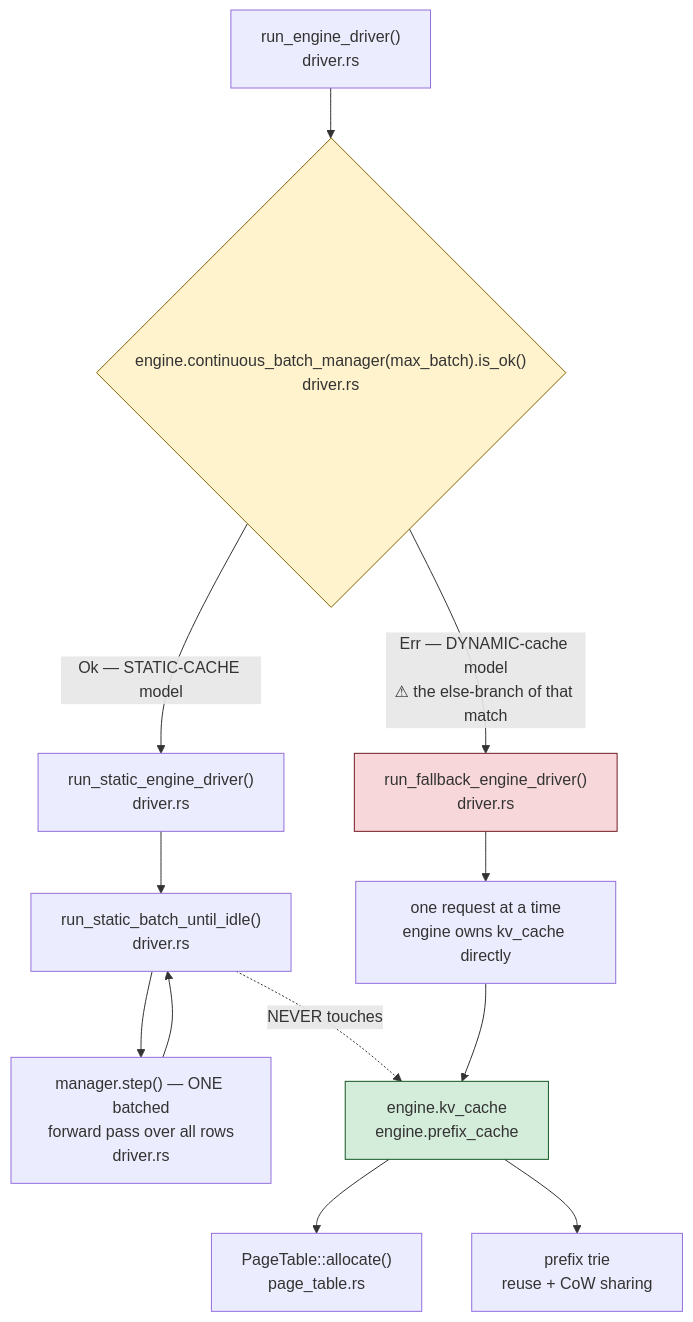
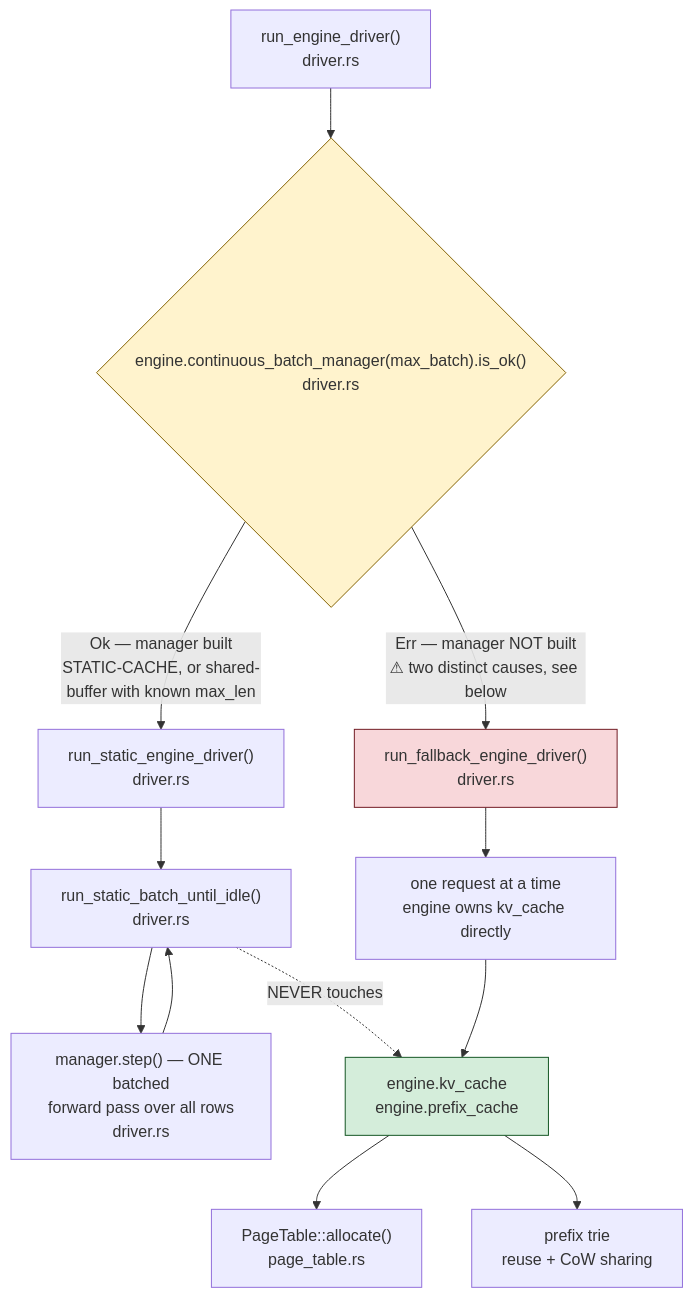
One commit to justinchuby/onnx-genai changed the second of 2 diagrams in docs/ARCHITECTURE.md. Above: the diagram before and after it, drawn with Mermaid. The commit also changed other lines of this file, not shown here.

First line of the commit message:
docs: the Err branch does not tell you the model is dynamic-cache

````diff
--- a/docs/ARCHITECTURE.md
+++ b/docs/ARCHITECTURE.md
@@ -260,23 +260,23 @@
 ```mermaid
 flowchart TD
     A["run_engine_driver()<br/>driver.rs"] --> B{"engine.continuous_batch_manager(max_batch).is_ok()<br/>driver.rs"}
 
-    B -- "Ok — STATIC-CACHE model" --> C["run_static_engine_driver()<br/>driver.rs"]
-    B -- "Err — DYNAMIC-cache model<br/>⚠ the else-branch of that match" --> D["run_fallback_engine_driver()<br/>driver.rs"]
+    B -- "Ok — manager built<br/>STATIC-CACHE, or shared-buffer with known max_len" --> C["run_static_engine_driver()<br/>driver.rs"]
+    B -- "Err — manager NOT built<br/>⚠ two distinct causes, see below" --> D["run_fallback_engine_driver()<br/>driver.rs"]
 
     C --> C1["run_static_batch_until_idle()<br/>driver.rs"]
     C1 --> C2["manager.step() — ONE batched<br/>forward pass over all rows<br/>driver.rs"]
     C2 --> C1
 
     D --> D1["one request at a time<br/>engine owns kv_cache directly"]
 
     C1 -.->|"NEVER touches"| K["engine.kv_cache<br/>engine.prefix_cache"]
     D1 --> K
 
     K --> K1["PageTable::allocate()<br/>page_table.rs"]
     K --> K2["prefix trie<br/>reuse + CoW sharing"]
 
     style B fill:#fff3cd,stroke:#856404
     style D fill:#f8d7da,stroke:#721c24
     style K fill:#d4edda,stroke:#155724
 ```
````
